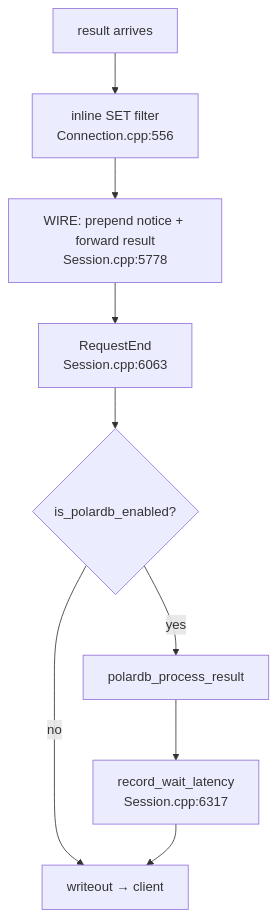
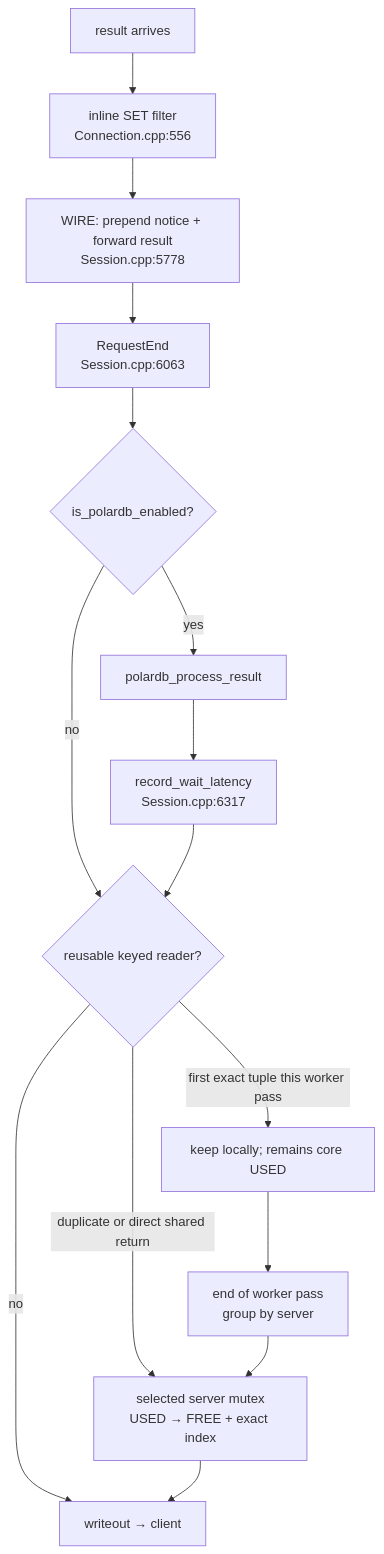
One commit to awide-labs/polar-proxy changed the second of 4 diagrams in doc/polardb-arch/06-ROUTING-PIPELINE.md. Above: the diagram before and after it, drawn with Mermaid. The commit also changed other lines of this file and 13 other files, not shown here.

````diff
--- a/doc/polardb-arch/06-ROUTING-PIPELINE.md
+++ b/doc/polardb-arch/06-ROUTING-PIPELINE.md
@@ -965,11 +1291,17 @@
 ```mermaid
 flowchart TD
     S["result arrives"] --> F["inline SET filter\nConnection.cpp:556"]
     F --> W["WIRE: prepend notice + forward result\nSession.cpp:5778"]
     W --> RE["RequestEnd\nSession.cpp:6063"]
     RE --> GP{"is_polardb_enabled?"}
     GP -- yes --> PUB["polardb_process_result"]
-    GP -- no --> WO["writeout → client"]
+    GP -- no --> RET{"reusable keyed reader?"}
     PUB --> RL["record_wait_latency\nSession.cpp:6317"]
-    RL --> WO
+    RL --> RET
+    RET -- "first exact tuple this worker pass" --> LOCAL["keep locally; remains core USED"]
+    RET -- "duplicate or direct shared return" --> SHARED["selected server mutex\nUSED → FREE + exact index"]
+    LOCAL --> FLUSH["end of worker pass\ngroup by server"]
+    FLUSH --> SHARED
+    RET -- no --> WO["writeout → client"]
+    SHARED --> WO
 ```
````
